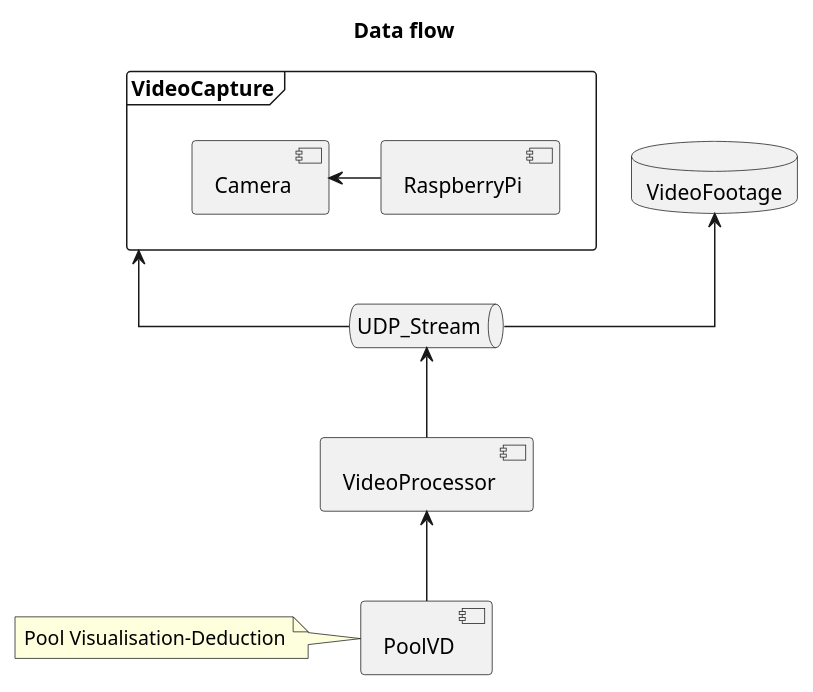
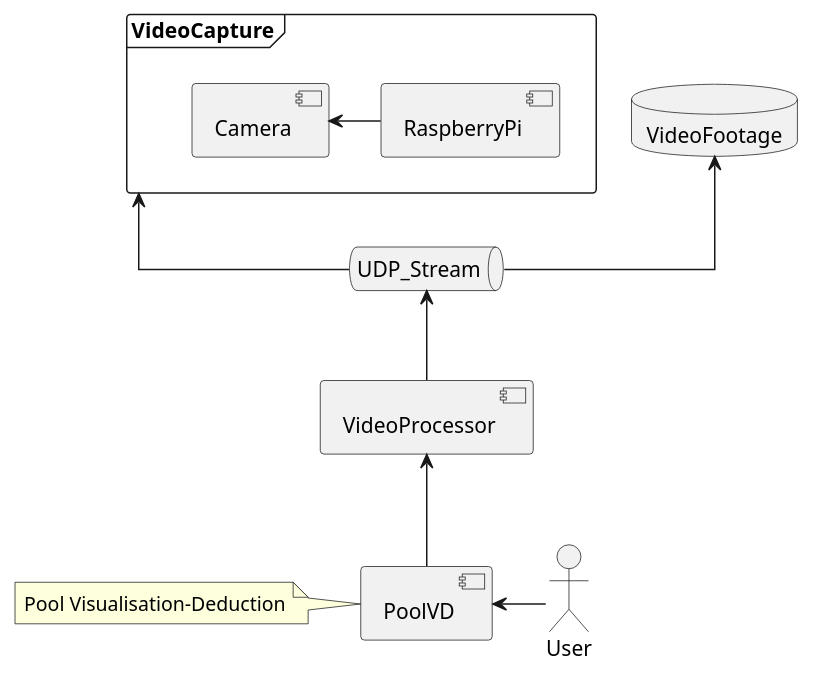
The diagram in docs/src/diagrams/src/dataflow.pu (damiankoper/ripo), drawn with PlantUML before and after one commit. The commit also changed 6 other files, not shown here.

```diff
--- a/docs/src/diagrams/src/dataflow.pu
+++ b/docs/src/diagrams/src/dataflow.pu
@@ -1,27 +1,28 @@
 @startuml data_flow
-title Data flow
 skinparam linetype ortho
 frame VideoCapture{
   component Camera
   component RaspberryPi
 
   Camera <- RaspberryPi
 }
 
 database VideoFootage{
 
 }
 
 component VideoProcessor
 queue UDP_Stream
 VideoFootage <-- UDP_Stream
 VideoCapture <-- UDP_Stream
 UDP_Stream <-- VideoProcessor
 
 component PoolVD
 VideoProcessor <-- PoolVD
 note left of PoolVD
   Pool Visualisation-Deduction
 end note
+actor User
+PoolVD <- User
 
 @enduml
```
